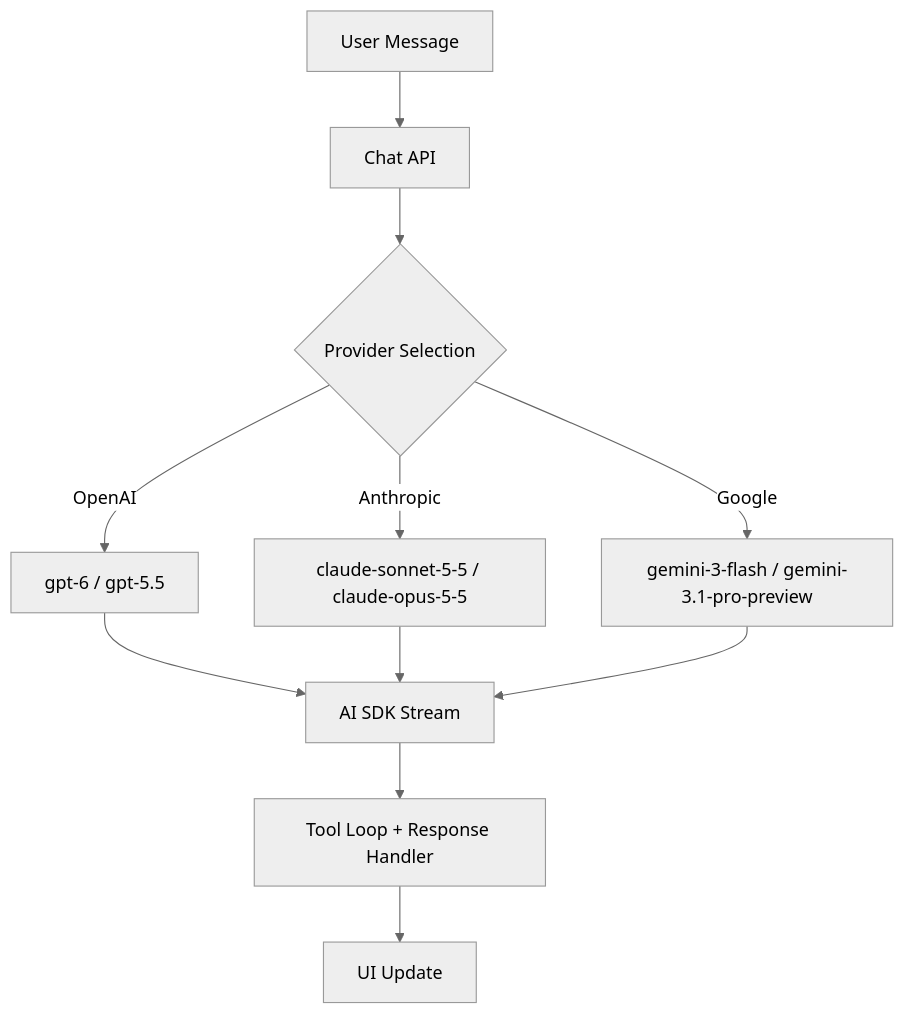
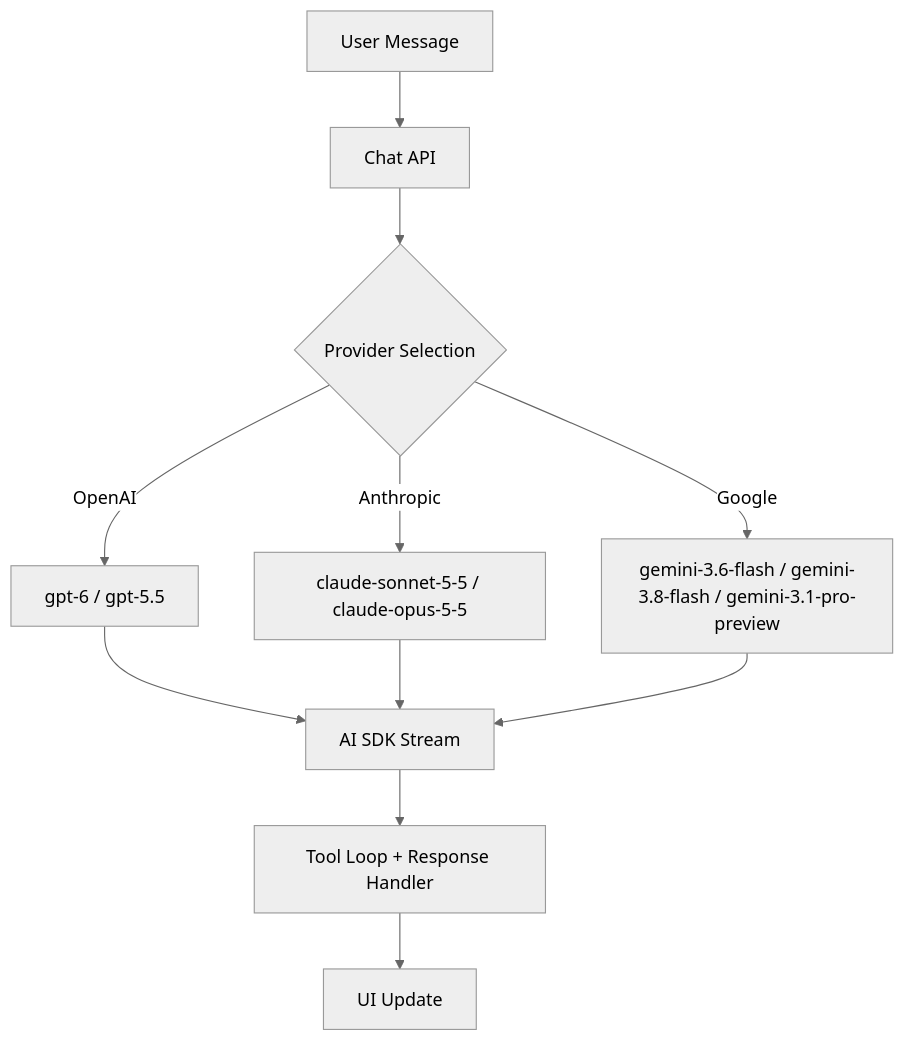
The first of 3 diagrams in docs/4-ai-system.md (ryokun6/ryos), drawn with Mermaid (neutral theme) before and after one commit. The commit also changed other lines of this file and 36 other files, not shown here.

Commit message:
Move Gemini calls off legacy Flash models (#2076)

````diff
--- a/docs/4-ai-system.md
+++ b/docs/4-ai-system.md
@@ -19,13 +20,13 @@
 ```mermaid
 graph TD
     A[User Message] --> B[Chat API]
     B --> C{Provider Selection}
     C -->|OpenAI| D[gpt-6 / gpt-5.5]
     C -->|Anthropic| E[claude-sonnet-5-5 / claude-opus-5-5]
-    C -->|Google| F[gemini-3-flash / gemini-3.1-pro-preview]
+    C -->|Google| F[gemini-3.6-flash / gemini-3.8-flash / gemini-3.1-pro-preview]
     D --> G[AI SDK Stream]
     E --> G
     F --> G
     G --> H[Tool Loop + Response Handler]
     H --> I[UI Update]
 ```
````
